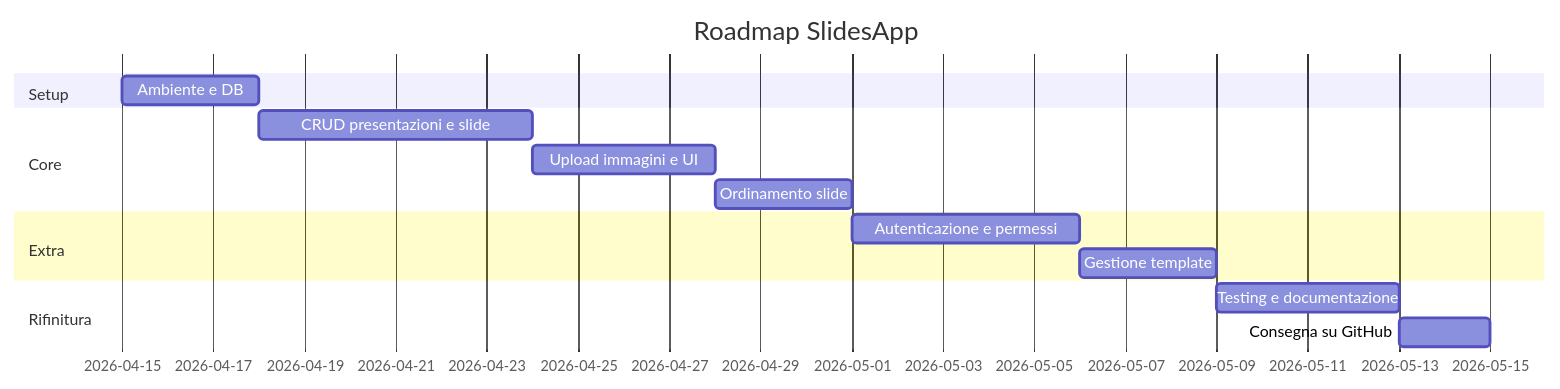
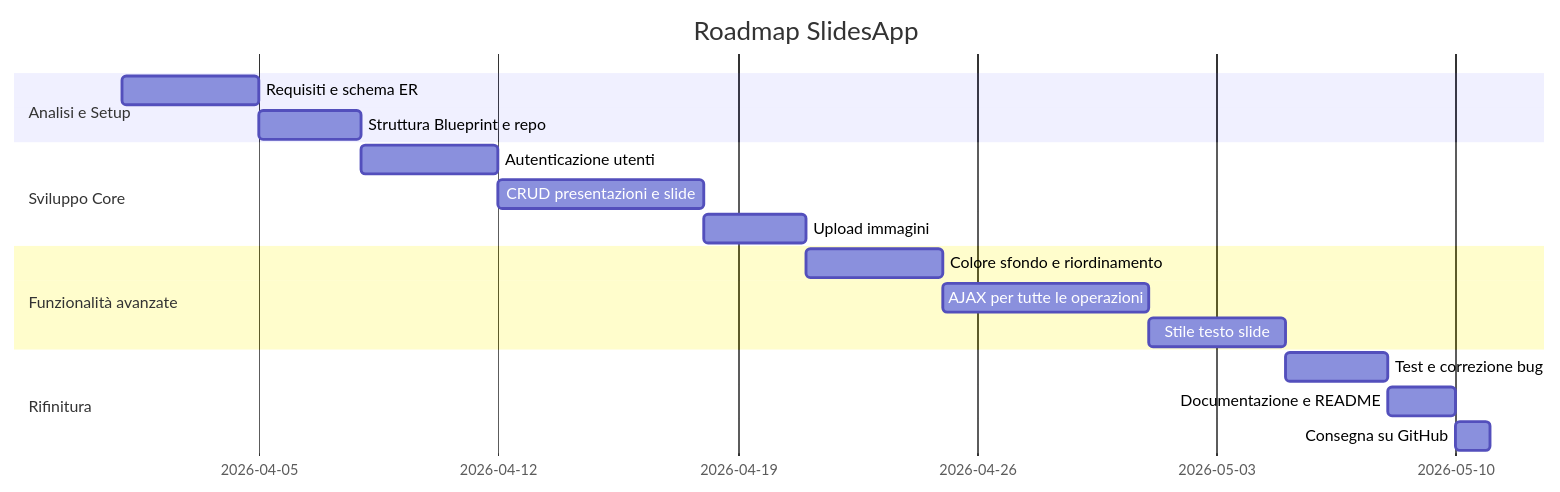
The third of 3 diagrams in Documento_Requisiti_SlidesApp.md (CristianMonticelli/Progetto_Maturita), drawn with Mermaid before and after one commit. The commit also changed other lines of this file, not shown here.

Commit message:
Update Documento_Requisiti_SlidesApp.mdmiglioria requisiti

````diff
--- a/Documento_Requisiti_SlidesApp.md
+++ b/Documento_Requisiti_SlidesApp.md
@@ -248,17 +276,20 @@
 ```mermaid
 gantt
     dateFormat  YYYY-MM-DD
     title Roadmap SlidesApp
-    section Setup
-    Ambiente e DB        :a1, 2026-04-15, 3d
-    section Core
-    CRUD presentazioni e slide :b1, after a1, 6d
-    Upload immagini e UI        :b2, after b1, 4d
-    Ordinamento slide           :b3, after b2, 3d
-    section Extra
-    Autenticazione e permessi   :c1, after b3, 5d
-    Gestione template           :c2, after c1, 3d
+    section Analisi e Setup
+    Requisiti e schema ER         :a1, 2026-04-01, 4d
+    Struttura Blueprint e repo    :a2, after a1, 3d
+    section Sviluppo Core
+    Autenticazione utenti         :b1, after a2, 4d
+    CRUD presentazioni e slide    :b2, after b1, 6d
+    Upload immagini               :b3, after b2, 3d
+    section Funzionalità avanzate
+    Colore sfondo e riordinamento :c1, after b3, 4d
+    AJAX per tutte le operazioni  :c2, after c1, 6d
+    Stile testo slide             :c3, after c2, 4d
     section Rifinitura
-    Testing e documentazione    :d1, after c2, 4d
-    Consegna su GitHub          :d2, after d1, 2d
+    Test e correzione bug         :d1, after c3, 3d
+    Documentazione e README       :d2, after d1, 2d
+    Consegna su GitHub            :d3, after d2, 1d
 ```
````
